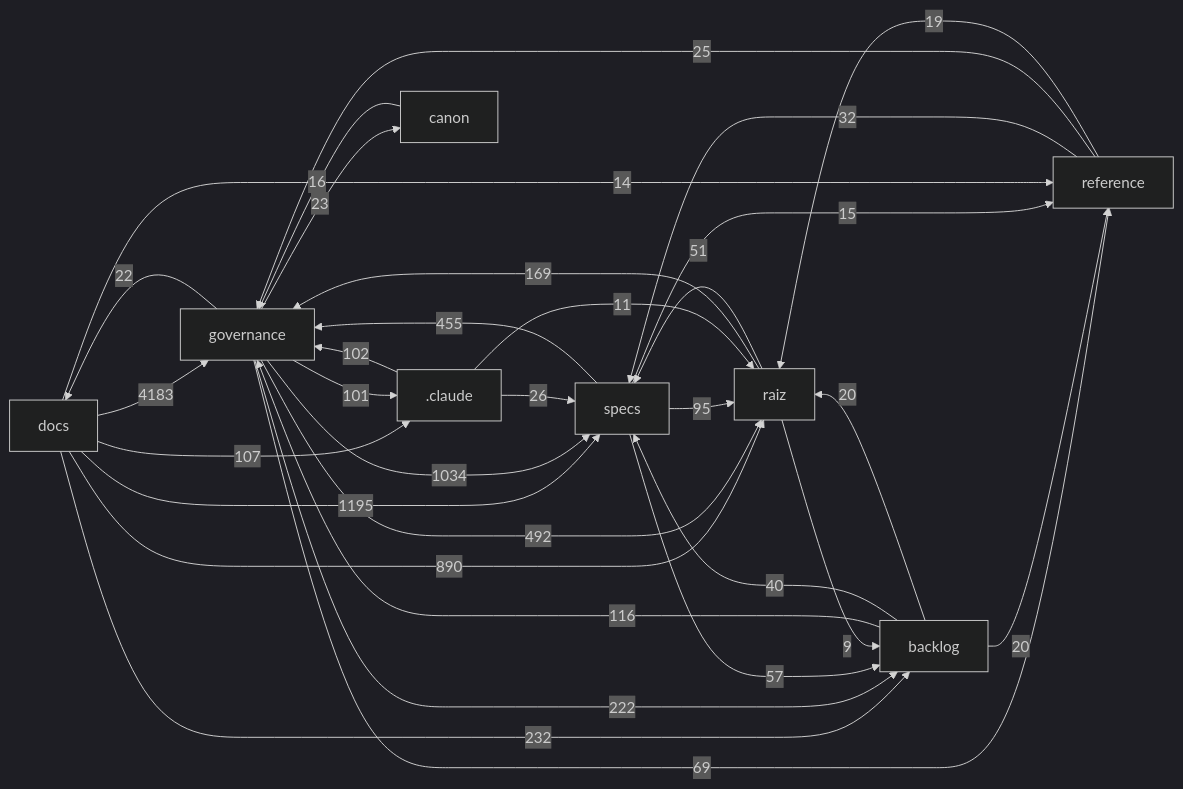
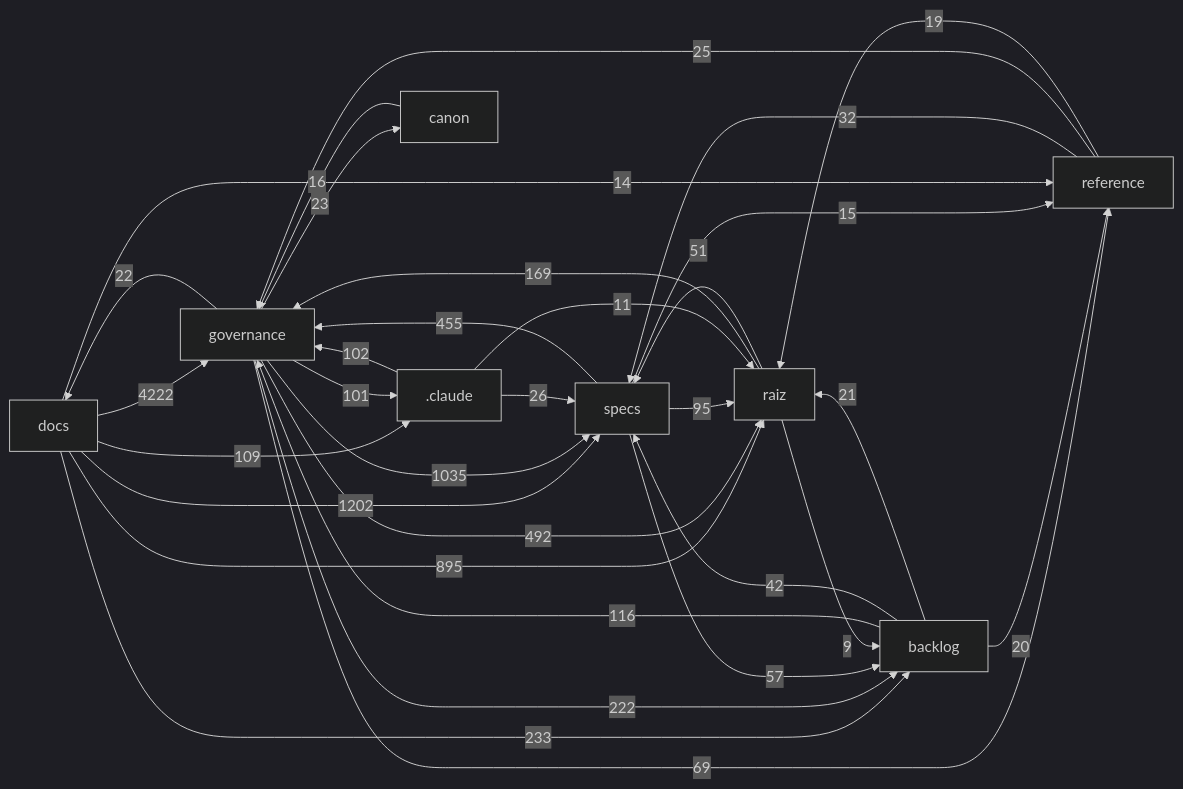
The diagram in docs/mapa/MAPA-PROJETO.md (Andraus35/Sistema-Operacional-de-Trading--SOT), drawn with Mermaid (dark theme) before and after one commit. The commit also changed other lines of this file and 9 other files, not shown here.

````diff
--- a/docs/mapa/MAPA-PROJETO.md
+++ b/docs/mapa/MAPA-PROJETO.md
@@ -29,34 +29,34 @@
 ```mermaid
 flowchart LR
-  docs["docs"] -->|4183| governance["governance"]
-  docs["docs"] -->|1195| specs["specs"]
-  governance["governance"] -->|1034| specs["specs"]
-  docs["docs"] -->|890| raiz["raiz"]
+  docs["docs"] -->|4222| governance["governance"]
+  docs["docs"] -->|1202| specs["specs"]
+  governance["governance"] -->|1035| specs["specs"]
+  docs["docs"] -->|895| raiz["raiz"]
   governance["governance"] -->|492| raiz["raiz"]
   specs["specs"] -->|455| governance["governance"]
-  docs["docs"] -->|232| backlog["backlog"]
+  docs["docs"] -->|233| backlog["backlog"]
   governance["governance"] -->|222| backlog["backlog"]
   raiz["raiz"] -->|169| governance["governance"]
   backlog["backlog"] -->|116| governance["governance"]
-  docs["docs"] -->|107| _claude[".claude"]
+  docs["docs"] -->|109| _claude[".claude"]
   _claude[".claude"] -->|102| governance["governance"]
   governance["governance"] -->|101| _claude[".claude"]
   specs["specs"] -->|95| raiz["raiz"]
   governance["governance"] -->|69| reference["reference"]
   specs["specs"] -->|57| backlog["backlog"]
   raiz["raiz"] -->|51| specs["specs"]
-  backlog["backlog"] -->|40| specs["specs"]
+  backlog["backlog"] -->|42| specs["specs"]
   reference["reference"] -->|32| specs["specs"]
   _claude[".claude"] -->|26| specs["specs"]
   reference["reference"] -->|25| governance["governance"]
   governance["governance"] -->|23| canon["canon"]
   governance["governance"] -->|22| docs["docs"]
-  backlog["backlog"] -->|20| raiz["raiz"]
+  backlog["backlog"] -->|21| raiz["raiz"]
   backlog["backlog"] -->|20| reference["reference"]
   reference["reference"] -->|19| raiz["raiz"]
   canon["canon"] -->|16| governance["governance"]
   specs["specs"] -->|15| reference["reference"]
   docs["docs"] -->|14| reference["reference"]
   _claude[".claude"] -->|11| raiz["raiz"]
   raiz["raiz"] -->|9| backlog["backlog"]
 ```
````
